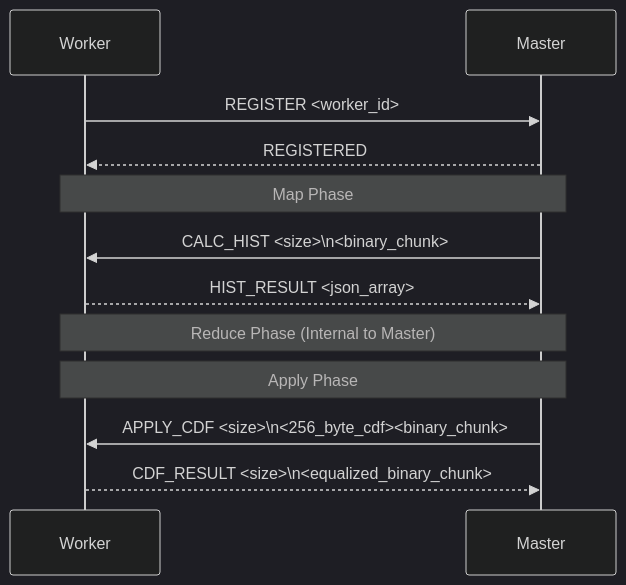
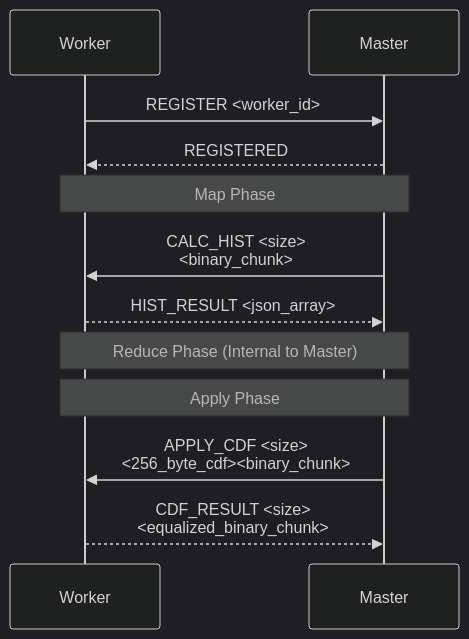
Before and after one commit to robmarano/robmarano.github.io: the third of 4 diagrams in courses/ece465/2026/weeks/week_05/notes_week_05.md, drawn with Mermaid (dark theme).

Commit message:
docs(ece465): fix newline rendering in mermaid sequence protocol diagram

````diff
--- a/courses/ece465/2026/weeks/week_05/notes_week_05.md
+++ b/courses/ece465/2026/weeks/week_05/notes_week_05.md
@@ -794,18 +794,18 @@
 ```mermaid
 sequenceDiagram
     participant Worker
     participant Master
     
     Worker->>Master: REGISTER <worker_id>
     Master-->>Worker: REGISTERED
     
     Note over Master, Worker: Map Phase
-    Master->>Worker: CALC_HIST <size>\n<binary_chunk>
+    Master->>Worker: CALC_HIST <size><br/><binary_chunk>
     Worker-->>Master: HIST_RESULT <json_array>
     
     Note over Master, Worker: Reduce Phase (Internal to Master)
     
     Note over Master, Worker: Apply Phase
-    Master->>Worker: APPLY_CDF <size>\n<256_byte_cdf><binary_chunk>
-    Worker-->>Master: CDF_RESULT <size>\n<equalized_binary_chunk>
+    Master->>Worker: APPLY_CDF <size><br/><256_byte_cdf><binary_chunk>
+    Worker-->>Master: CDF_RESULT <size><br/><equalized_binary_chunk>
 ```
````
